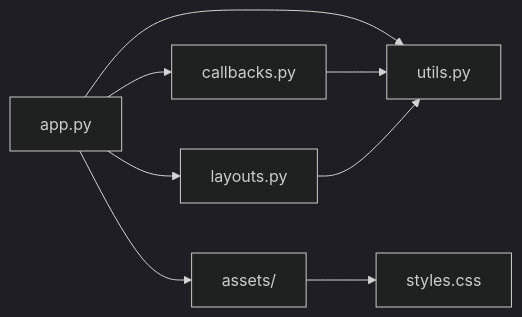
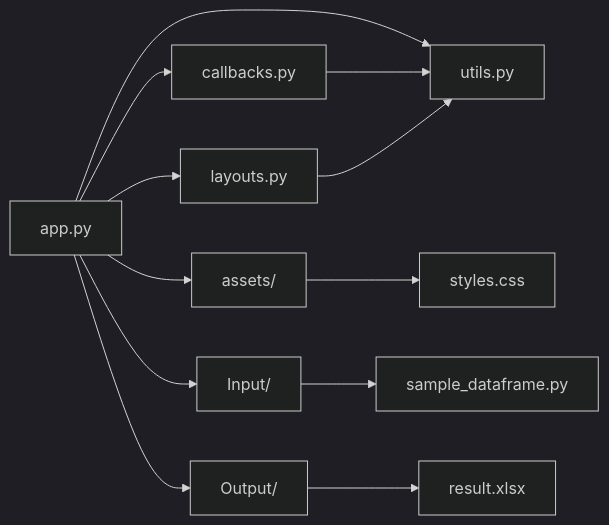
The diagram in README_日本語.md (ammtjm/Trade_Simulation_DashBoard), drawn with Mermaid (dark theme) before and after one commit. The commit also changed other lines of this file and 2 other files, not shown here.

````diff
--- a/README_日本語.md
+++ b/README_日本語.md
@@ -191,10 +196,14 @@
 ```mermaid
 graph LR
     A[app.py] --> B[callbacks.py]
     A --> C[layouts.py]
     A --> D[utils.py]
     B --> D
     C --> D
     A --> E[assets/]
     E --> F[styles.css]
+    A --> G[Input/]
+    G --> H[sample_dataframe.py]
+    A --> I[Output/]
+    I --> J[result.xlsx]
 ```
````
